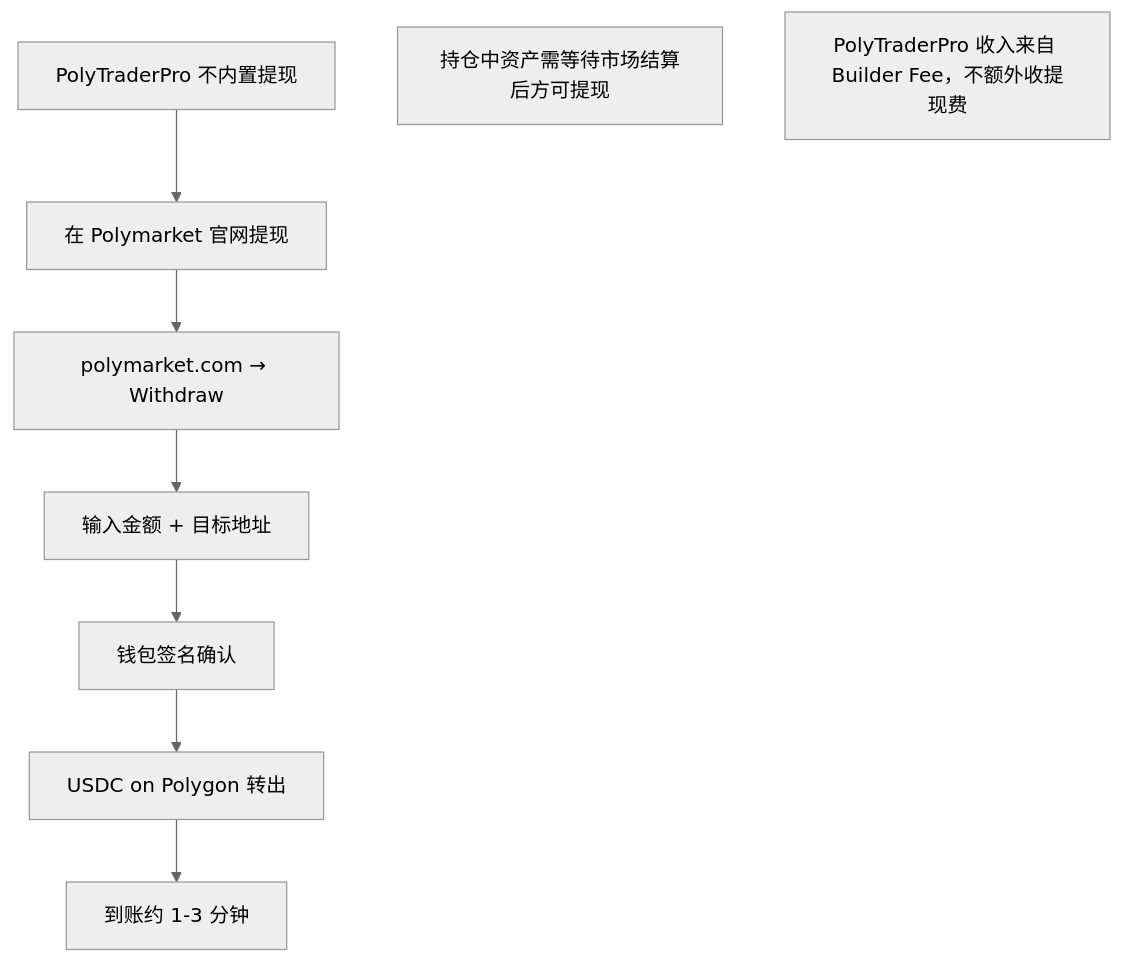
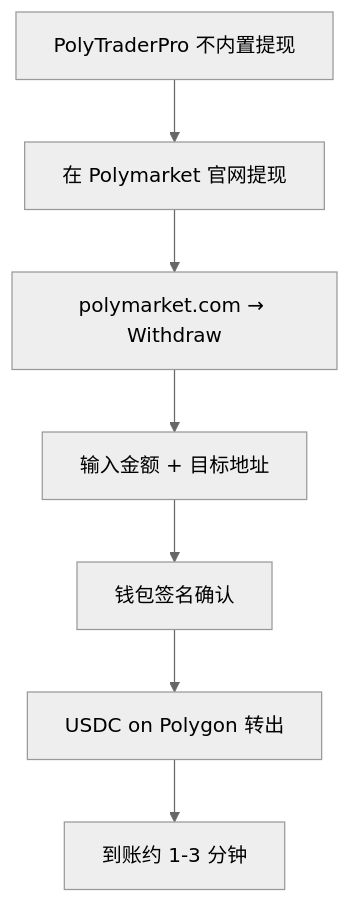
The sixth of 14 diagrams in research/05_polytrader_pro/analysis.md (survivorff/polymarket_research), drawn with Mermaid (neutral theme) before and after one commit. The commit also changed other lines of this file and 11 other files, not shown here.

First line of the commit message:
修复所有 Mermaid 语法错误，确保流程图可正常渲染

````diff
--- a/research/05_polytrader_pro/analysis.md
+++ b/research/05_polytrader_pro/analysis.md
@@ -185,11 +185,11 @@
 ```mermaid
 flowchart TD
     A[PolyTraderPro 不内置提现] --> B[在 Polymarket 官网提现]
     B --> C[polymarket.com → Withdraw]
     C --> D[输入金额 + 目标地址]
     D --> E[钱包签名确认]
     E --> F[USDC on Polygon 转出]
     F --> G[到账约 1-3 分钟]
-    note1[持仓中资产需等待市场结算后方可提现]
-    note2[PolyTraderPro 收入来自 Builder Fee，不额外收提现费]
+    %% 注: 持仓中资产需等待市场结算后方可提现
+    %% 注: PolyTraderPro 收入来自 Builder Fee，不额外收提现费
 ```
````
